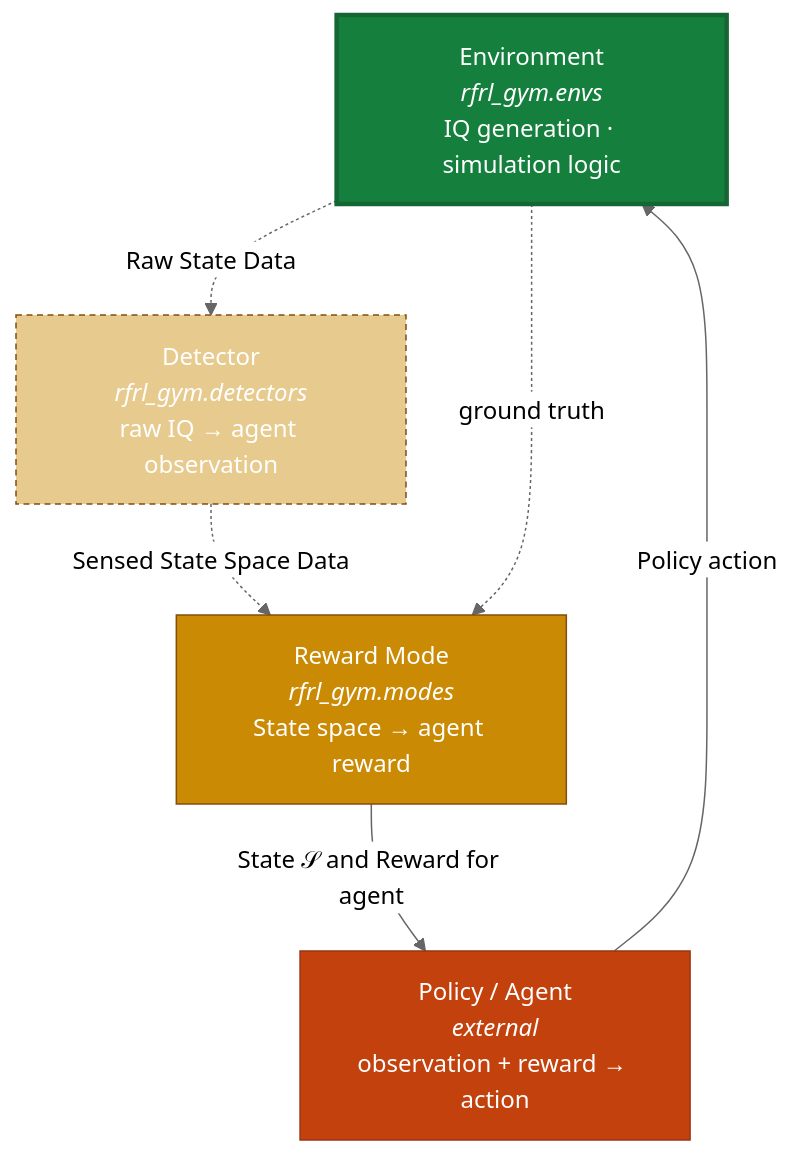
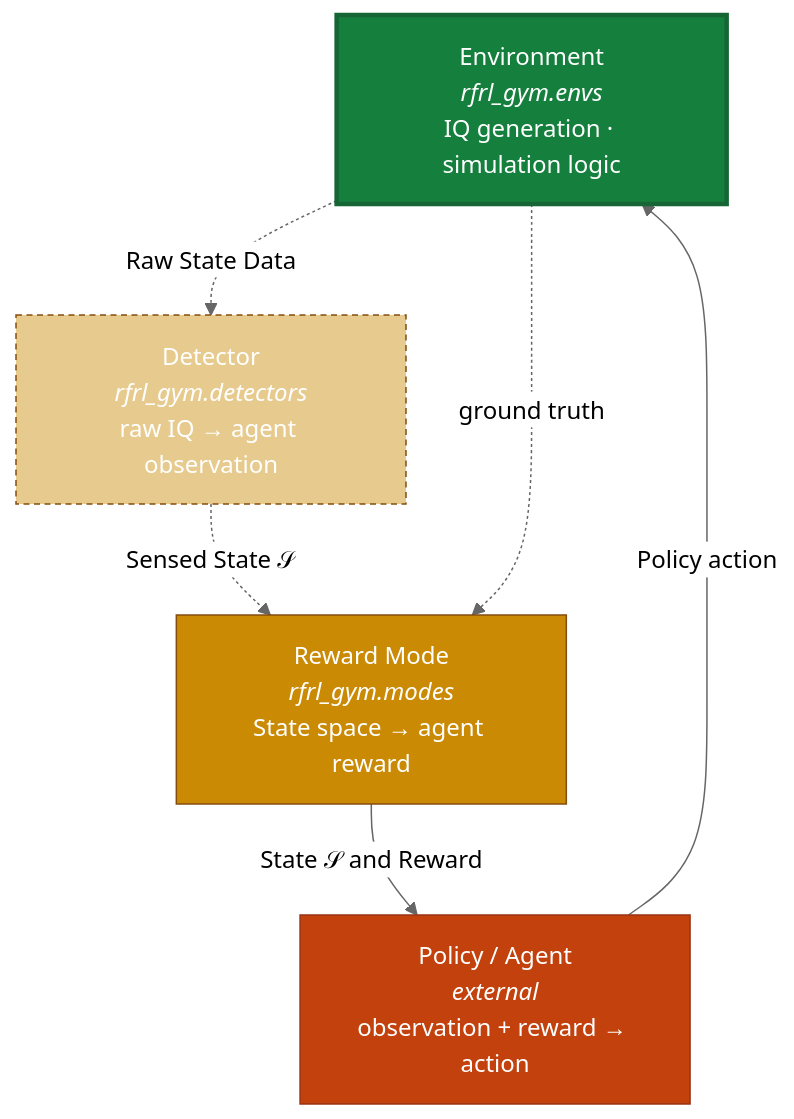
The diagram in rfrl-gym-docs/docs/api_intro.md (SLeathersII/rfrl), drawn with Mermaid (neutral theme) before and after one commit.

Commit message:
Update state space data representation in API docs

````diff
--- a/rfrl-gym-docs/docs/api_intro.md
+++ b/rfrl-gym-docs/docs/api_intro.md
@@ -42,18 +42,18 @@
 ```mermaid
 graph TD
     A["Environment<br/><i>rfrl_gym.envs</i><br/>IQ generation · simulation logic"]
     B["Detector<br/><i>rfrl_gym.detectors</i><br/>raw IQ → agent observation"]
     C["Reward Mode<br/><i>rfrl_gym.modes</i><br/>State space → agent reward"]
     D["Policy / Agent<br/><i>external</i><br/>observation + reward → action"]
 
     A -.->|Raw State Data| B
-    B -.->|Sensed State Space Data| C
-    C -->|State 𝒮 and Reward for agent| D
+    B -.->|Sensed State 𝒮| C
+    C -->|State 𝒮 and Reward| D
     D -->|Policy action| A
     A -.->|ground truth| C
 
     style A fill:#15803d,stroke:#166534,color:#fff,stroke-width:3px
     style B fill:#ca8a04,stroke:#854d0e,color:#fff,fill-opacity:0.45,stroke-dasharray: 4 3
     style C fill:#ca8a04,stroke:#854d0e,color:#fff
     style D fill:#c2410c,stroke:#9a3412,color:#fff
 ```
````
